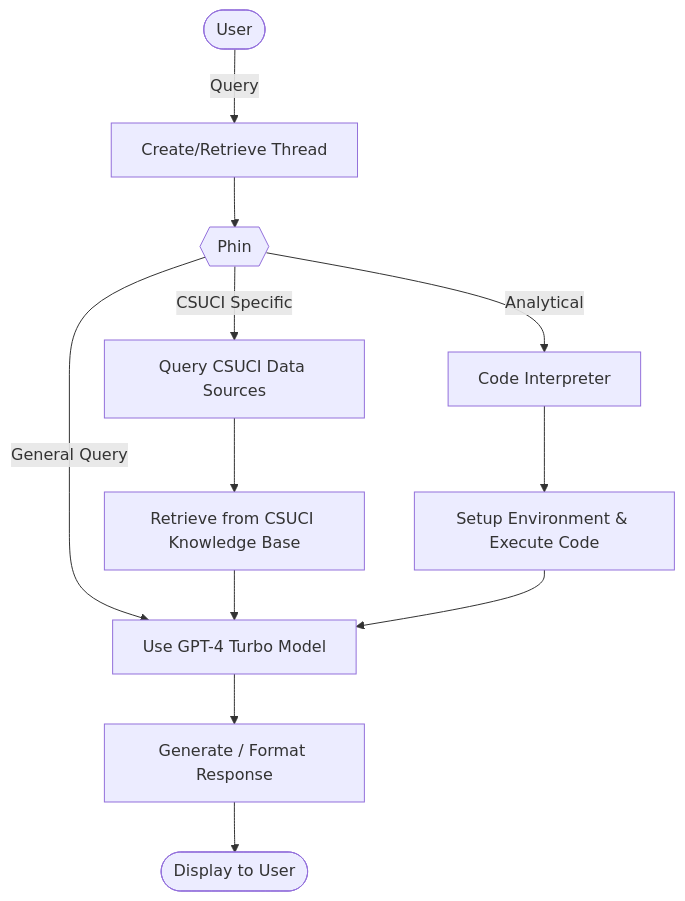
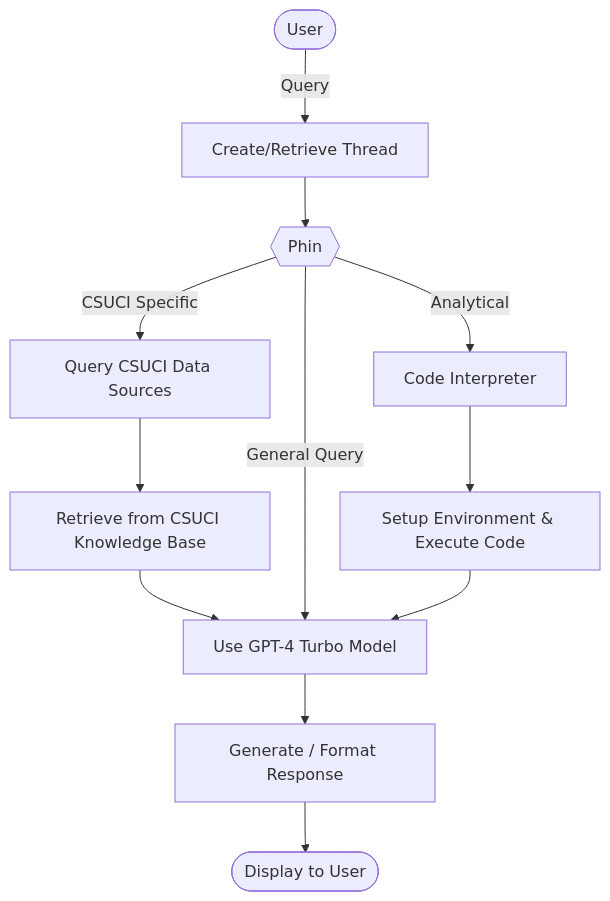
One commit to OronaDaniel/CSUCI_Companion changed the diagram in README.md. Above: the diagram before and after it, drawn with Mermaid. The commit also changed other lines of this file, not shown here.

````diff
--- a/README.md
+++ b/README.md
@@ -35,22 +35,22 @@
 ```mermaid
 flowchart TB
   U([User]) -->|Query| T[Create/Retrieve Thread]
   T --> P{{Phin}}
 
-  %% General
-  P -->|General Query| LLM[Use GPT-4 Turbo Model]
-
   %% CSUCI-specific retrieval
   P -->|CSUCI Specific| KR[Query CSUCI Data Sources]
   KR --> IDX[Retrieve from CSUCI Knowledge Base]
   IDX --> LLM
+
+  %% General
+  P -->|General Query| LLM[Use GPT-4 Turbo Model]
 
   %% Analytical / code
   P -->|Analytical| CI[Code Interpreter]
   CI --> SETUP[Setup Environment & Execute Code]
   SETUP --> LLM
 
   %% Output
   LLM --> GEN[Generate / Format Response]
   GEN --> D([Display to User])
 ```
````
